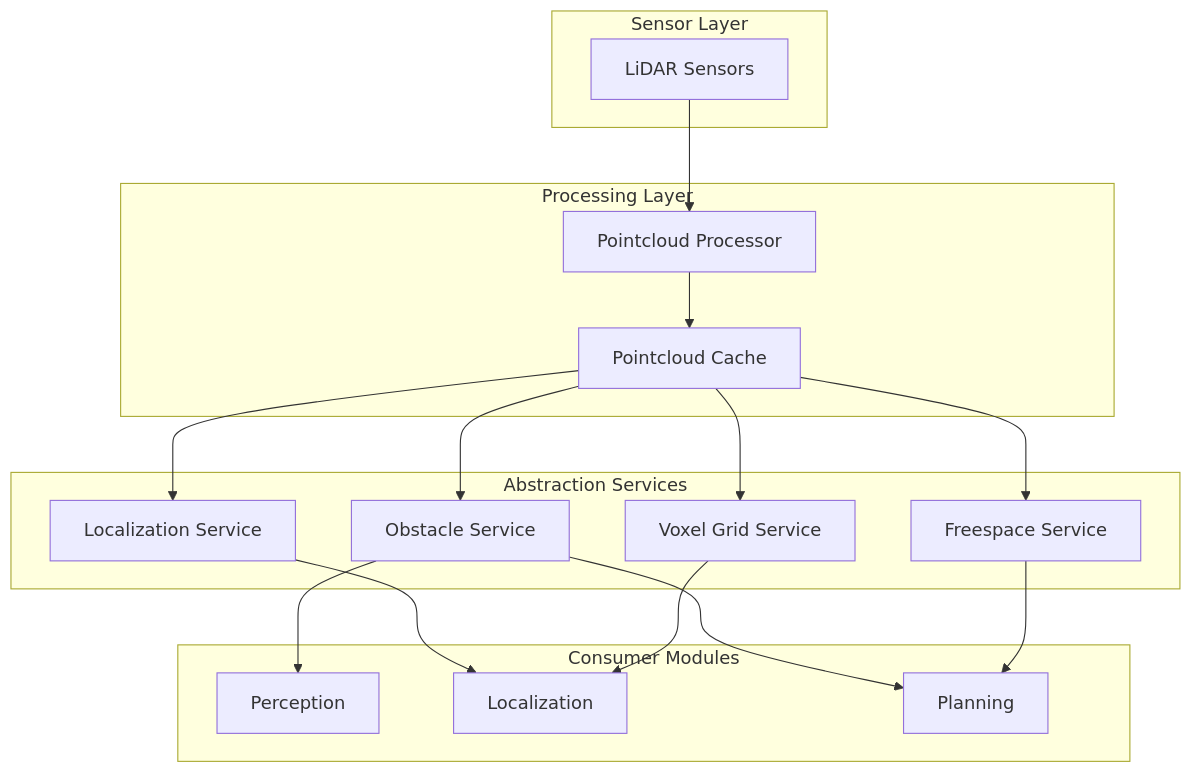
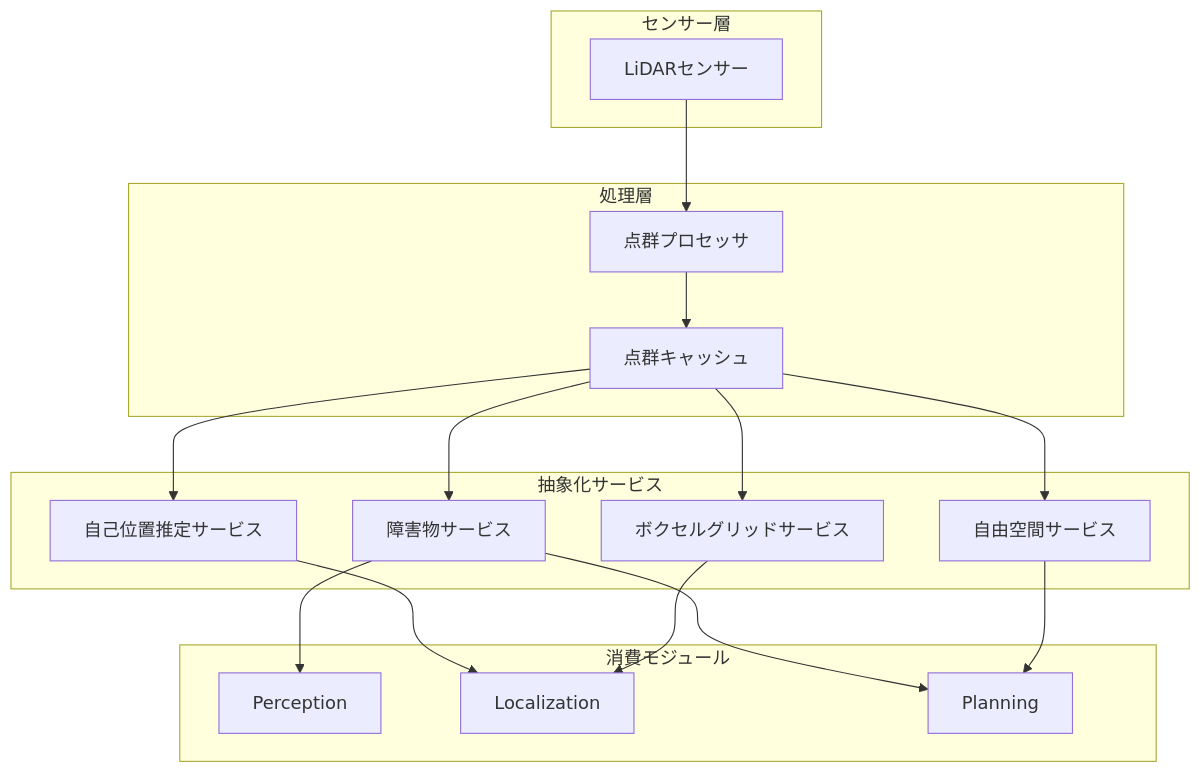
Before and after one commit to youtalk/autoware: the second of 2 diagrams in pointcloud_decoupling_improvement_plan.md, drawn with Mermaid. The commit also changed other lines of this file, not shown here.

````diff
--- a/pointcloud_decoupling_improvement_plan.md
+++ b/pointcloud_decoupling_improvement_plan.md
@@ -42,38 +42,38 @@
 ```mermaid
 graph TB
-    subgraph "Sensor Layer"
-        LiDAR[LiDAR Sensors]
+    subgraph "センサー層"
+        LiDAR[LiDARセンサー]
     end
     
-    subgraph "Processing Layer"
-        PP[Pointcloud Processor]
-        PC[Pointcloud Cache]
+    subgraph "処理層"
+        PP[点群プロセッサ]
+        PC[点群キャッシュ]
     end
     
-    subgraph "Abstraction Services"
-        LS[Localization Service]
-        OS[Obstacle Service]
-        FS[Freespace Service]
-        VS[Voxel Grid Service]
+    subgraph "抽象化サービス"
+        LS[自己位置推定サービス]
+        OS[障害物サービス]
+        FS[自由空間サービス]
+        VS[ボクセルグリッドサービス]
     end
     
-    subgraph "Consumer Modules"
+    subgraph "消費モジュール"
         PER[Perception]
         LOC[Localization]
         PLN[Planning]
     end
     
     LiDAR --> PP
     PP --> PC
     
     PC --> LS
     PC --> OS
     PC --> FS
     PC --> VS
     
     LS --> LOC
     OS --> PER
     OS --> PLN
     FS --> PLN
     VS --> LOC
 ```
````
